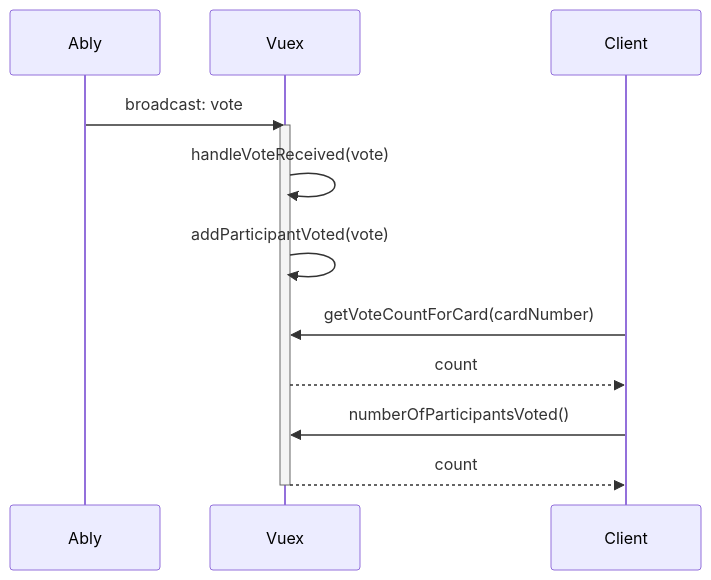
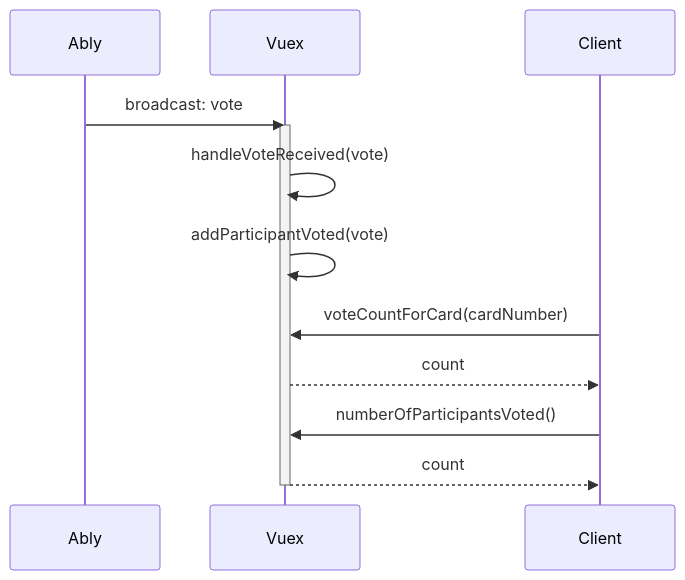
Before and after one commit to ably-labs/agile-flush-vue-app: the diagram in diagrams/handle-vote-received.mmd, drawn with Mermaid. The commit also changed 15 other files, not shown here.

```diff
--- a/diagrams/handle-vote-received.mmd
+++ b/diagrams/handle-vote-received.mmd
@@ -1,10 +1,10 @@
 sequenceDiagram
     Ably->>Vuex: broadcast: vote
     activate Vuex
     Vuex->>Vuex: handleVoteReceived(vote)
     Vuex->>Vuex: addParticipantVoted(vote)
-    Client->>Vuex: getVoteCountForCard(cardNumber)
+    Client->>Vuex: voteCountForCard(cardNumber)
     Vuex-->>Client: count
     Client->>Vuex: numberOfParticipantsVoted()
     Vuex-->>Client: count
     deactivate Vuex
```
